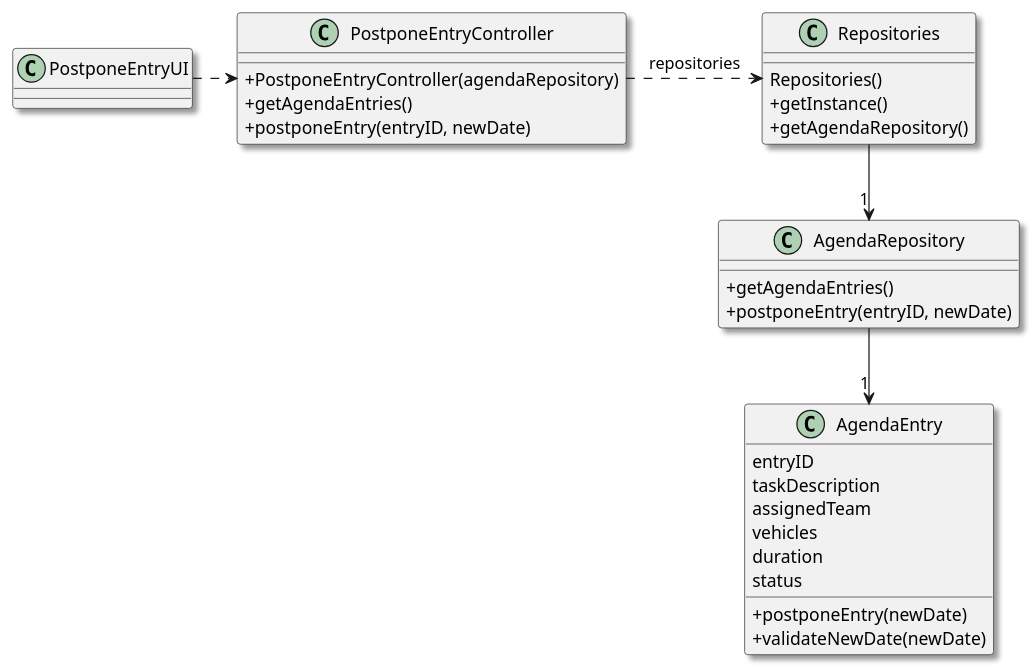
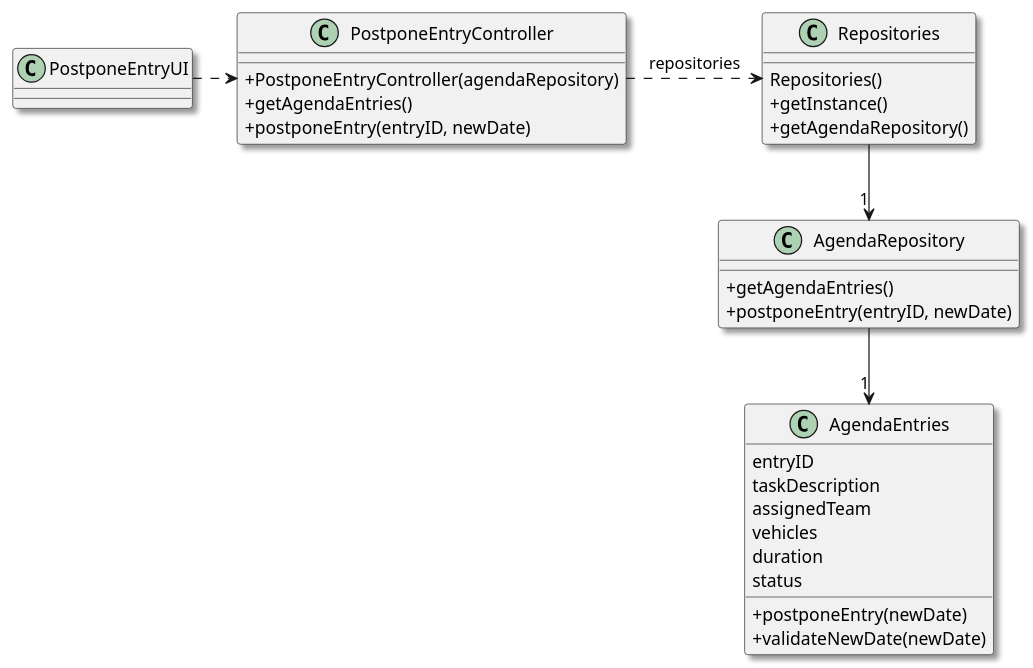
The diagram in docs/sprintC/us024/03.design/puml/us024-class-diagram.puml (rpedros02/lei-24-s2-1DL-g08), drawn with PlantUML before and after one commit. The commit also changed 1 other file, not shown here.

Commit message:
update of US24- PostPoneAnEntry in the Agenda

```diff
--- a/docs/sprintC/us024/03.design/puml/us024-class-diagram.puml
+++ b/docs/sprintC/us024/03.design/puml/us024-class-diagram.puml
@@ -1,42 +1,42 @@
 @startuml
 skinparam monochrome false
 skinparam packageStyle rectangle
 skinparam shadowing true
 skinparam classAttributeIconSize 0
 
 class PostponeEntryUI {
 }
 
 class PostponeEntryController {
     + PostponeEntryController(agendaRepository)
     + getAgendaEntries()
     + postponeEntry(entryID, newDate)
 }
 
 class Repositories {
     Repositories()
     + getInstance()
     + getAgendaRepository()
 }
 
 class AgendaRepository {
     + getAgendaEntries()
     + postponeEntry(entryID, newDate)
 }
 
-class AgendaEntry {
+class AgendaEntries {
     entryID
     taskDescription
     assignedTeam
     vehicles
     duration
     status
     + postponeEntry(newDate)
     + validateNewDate(newDate)
 }
 
 PostponeEntryUI .> PostponeEntryController
 PostponeEntryController .> Repositories : repositories
 Repositories --> "1" AgendaRepository
-AgendaRepository --> "1" AgendaEntry
+AgendaRepository --> "1" AgendaEntries
 @enduml
```
